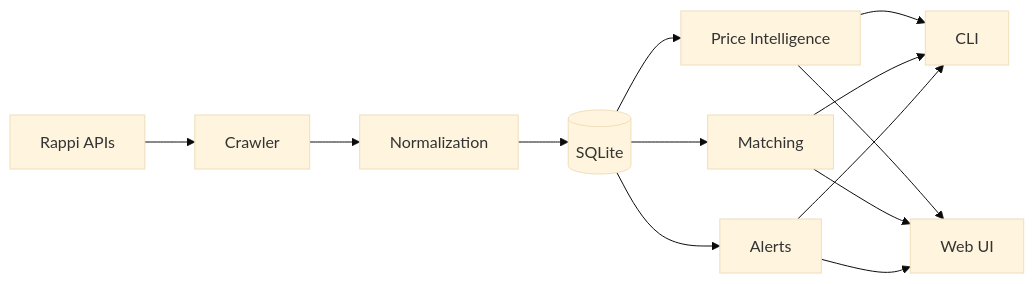
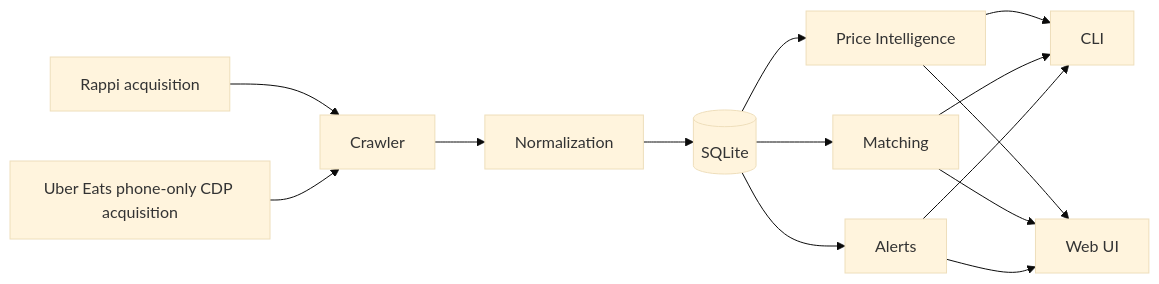
Before and after one commit to yorologo/DealHunter: the second of 3 diagrams in docs/architecture.md, drawn with Mermaid (base theme). The commit also changed other lines of this file and 46 other files, not shown here.

Commit message:
docs: align v3.2.0 RC metadata and current architecture

````diff
--- a/docs/architecture.md
+++ b/docs/architecture.md
@@ -27,28 +27,30 @@
 ```mermaid
 flowchart LR
-    PROVIDER[Rappi APIs]
+    RAPPI[Rappi acquisition]
+    UBER[Uber Eats phone-only CDP acquisition]
     CRAWLER[Crawler]
     NORMALIZE[Normalization]
     DB[(SQLite)]
     PI[Price Intelligence]
     MATCH[Matching]
     ALERT[Alerts]
     CLI[CLI]
     WEB[Web UI]
 
-    PROVIDER --> CRAWLER
+    RAPPI --> CRAWLER
+    UBER --> CRAWLER
     CRAWLER --> NORMALIZE
     NORMALIZE --> DB
 
     DB --> PI
     DB --> MATCH
     DB --> ALERT
 
     PI --> CLI
     MATCH --> CLI
     ALERT --> CLI
 
     PI --> WEB
     MATCH --> WEB
     ALERT --> WEB
 ```
````
